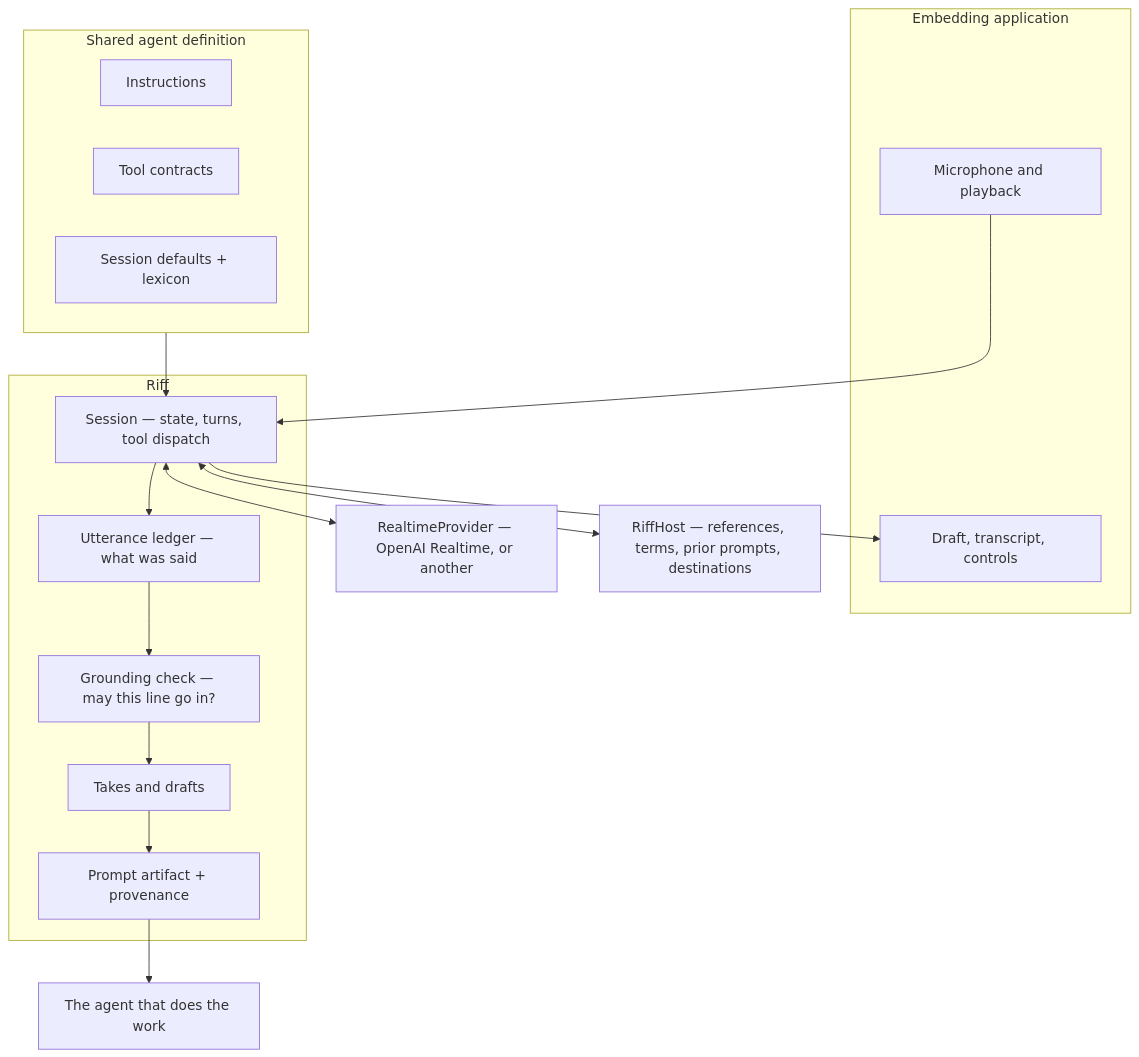
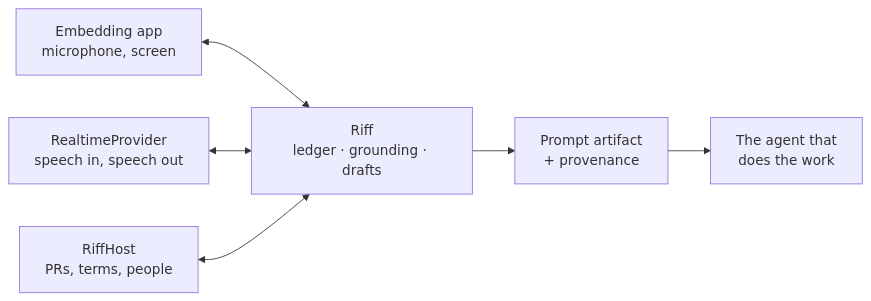
The second of 2 diagrams in README.md (colbylwilliams/riff), drawn with Mermaid before and after one commit. The commit also changed other lines of this file, not shown here.

````diff
--- a/README.md
+++ b/README.md
@@ -160,33 +146,7 @@
 ```mermaid
-flowchart TB
-    subgraph app["Embedding application"]
-        mic["Microphone and playback"]
-        ui["Draft, transcript, controls"]
-    end
-
-    subgraph riff["Riff"]
-        session["Session — state, turns, tool dispatch"]
-        ledger["Utterance ledger — what was said"]
-        grounding["Grounding check — may this line go in?"]
-        draft["Takes and drafts"]
-        artifact["Prompt artifact + provenance"]
-    end
-
-    subgraph agent["Shared agent definition"]
-        instr["Instructions"]
-        tools["Tool contracts"]
-        cfg["Session defaults + lexicon"]
-    end
-
-    provider["RealtimeProvider — OpenAI Realtime, or another"]
-    host["RiffHost — references, terms, prior prompts, destinations"]
-    downstream["The agent that does the work"]
-
-    mic --> session
-    session <--> provider
-    session --> ledger --> grounding --> draft --> artifact
-    session <--> host
-    agent --> session
-    artifact --> downstream
-    session --> ui
+flowchart LR
+    app["Embedding app<br/>microphone, screen"] <--> riff
+    provider["RealtimeProvider<br/>speech in, speech out"] <--> riff
+    host["RiffHost<br/>PRs, terms, people"] <--> riff
+    riff["Riff<br/>ledger · grounding · drafts"] --> artifact["Prompt artifact<br/>+ provenance"] --> downstream["The agent that<br/>does the work"]
 ```
````
